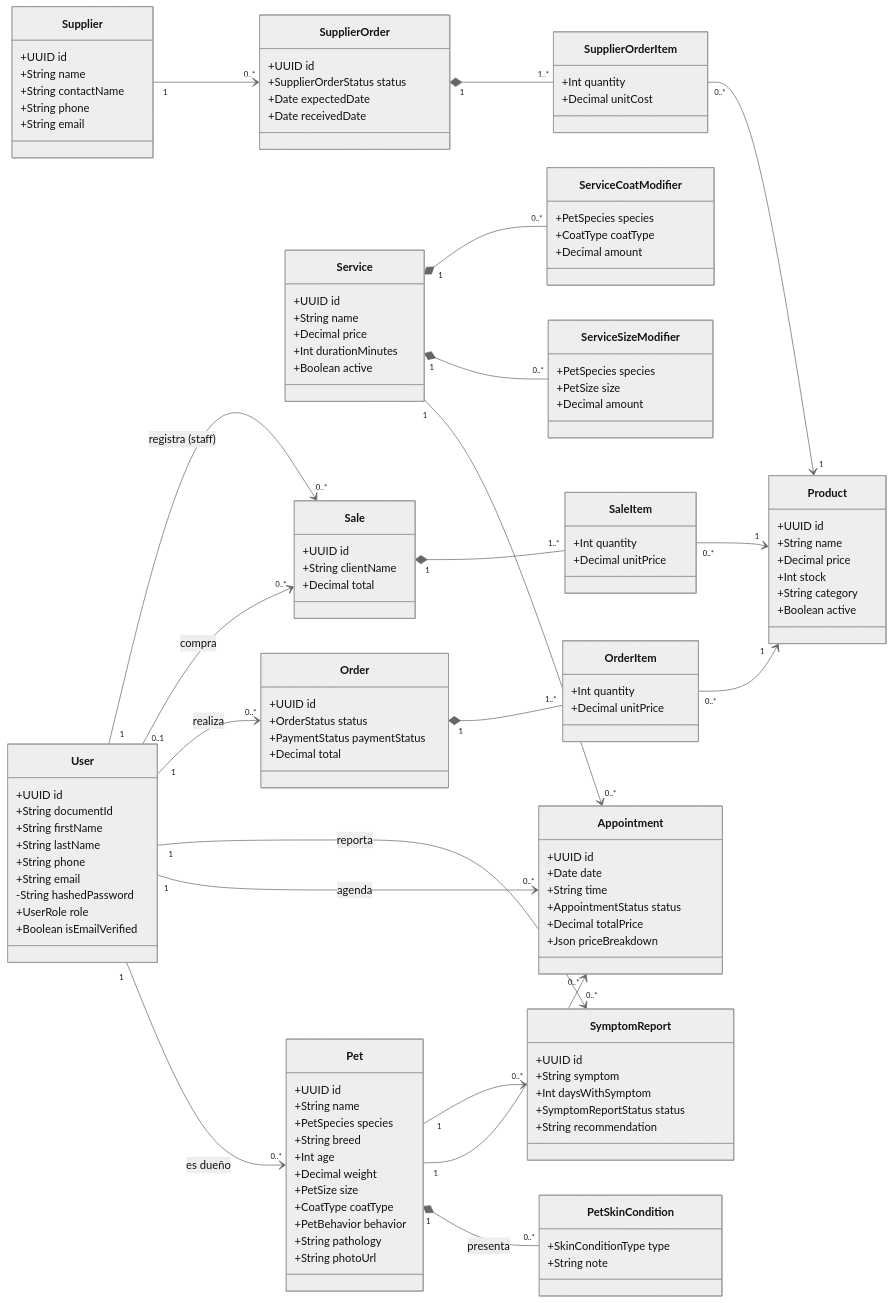
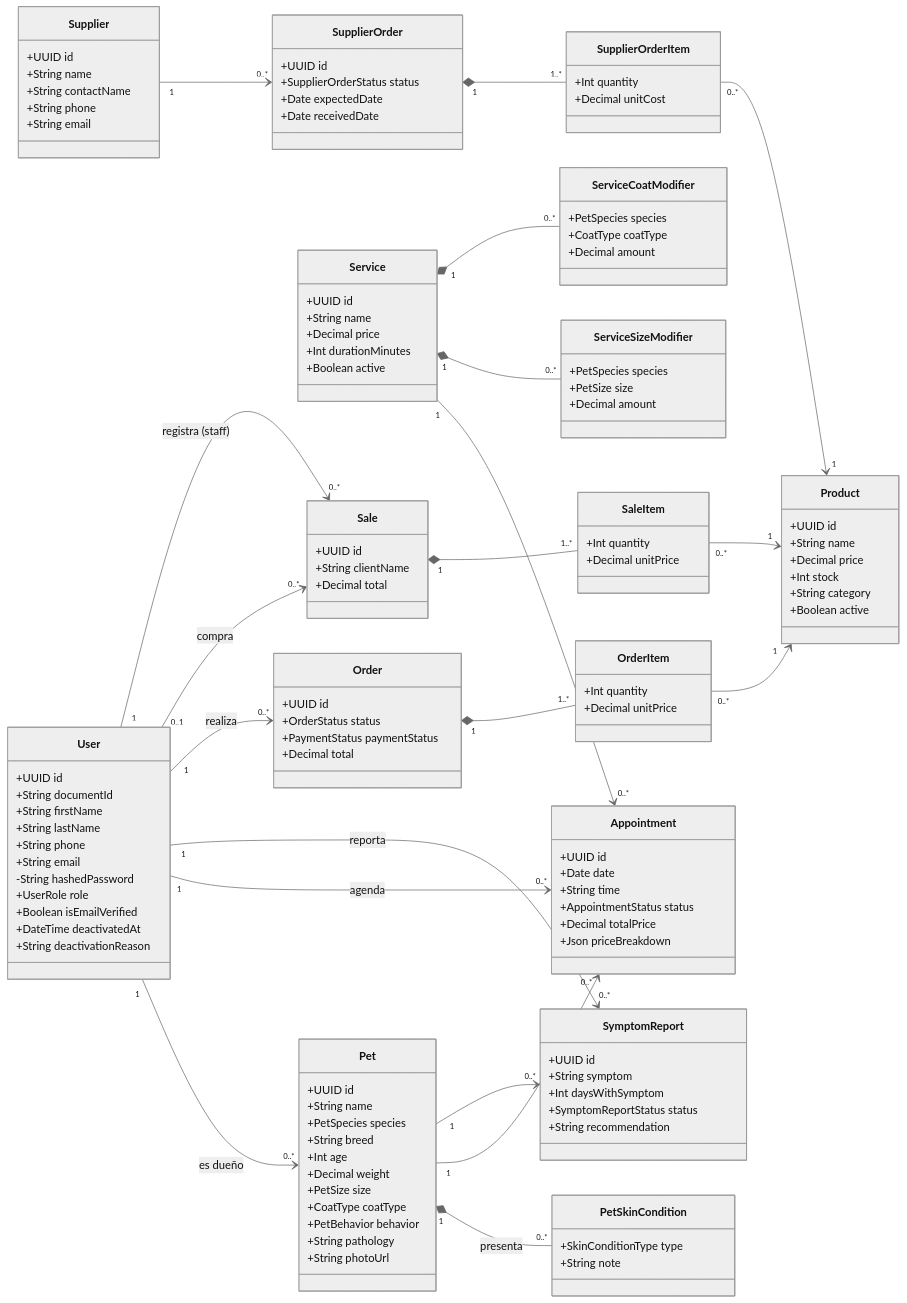
The second of 5 diagrams in docs/referencia-tecnica/uml.md (Duvan-Doncel/proryecto-super-amigos-be-fe-doker), drawn with Mermaid (neutral theme) before and after one commit. The commit also changed other lines of this file and 7 other files, not shown here.

```diff
--- a/docs/referencia-tecnica/uml.md
+++ b/docs/referencia-tecnica/uml.md
@@ -154,6 +196,8 @@
         -String hashedPassword
         +UserRole role
         +Boolean isEmailVerified
+        +DateTime deactivatedAt
+        +String deactivationReason
     }
     class Pet {
         +UUID id
```
